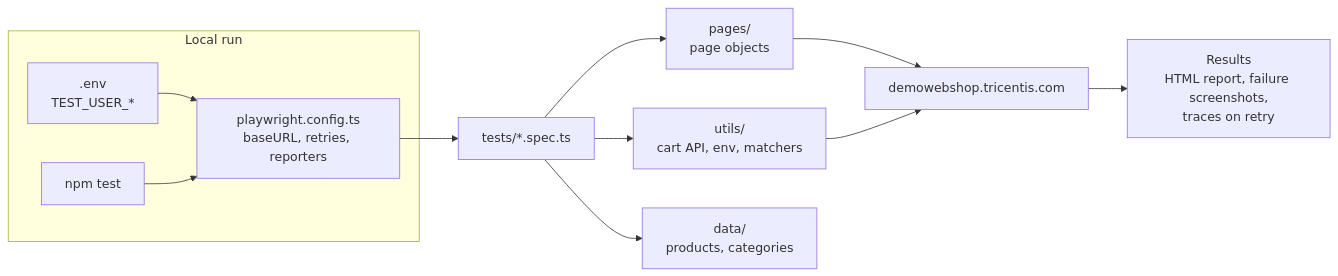
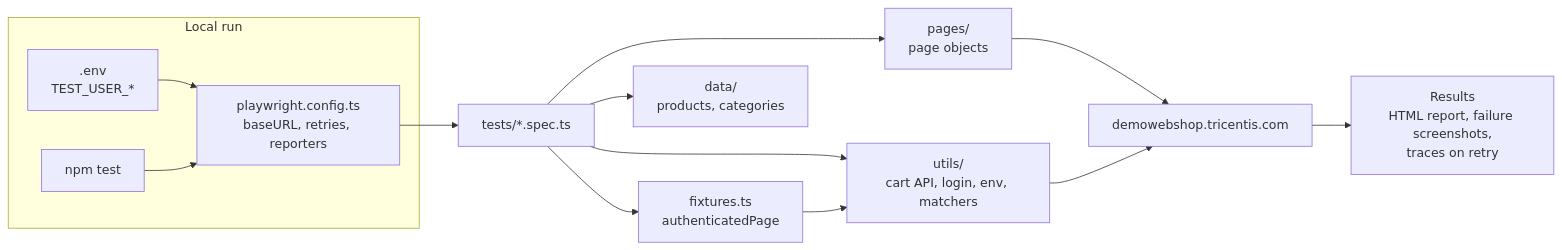
Before and after one commit to OlegZhidkov/demowebshop-playwright: the first of 3 diagrams in README.md, drawn with Mermaid. The commit also changed other lines of this file and 3 other files, not shown here.

````diff
--- a/README.md
+++ b/README.md
@@ -100,14 +100,16 @@
 ```mermaid
 flowchart LR
     subgraph Local["Local run"]
         ENV[".env<br/>TEST_USER_*"] --> CFG
         CMD["npm test"] --> CFG["playwright.config.ts<br/>baseURL, retries, reporters"]
     end
     CFG --> SPECS["tests/*.spec.ts"]
+    SPECS --> FIX["fixtures.ts<br/>authenticatedPage"]
     SPECS --> PO["pages/<br/>page objects"]
-    SPECS --> UTL["utils/<br/>cart API, env, matchers"]
+    SPECS --> UTL["utils/<br/>cart API, login, env, matchers"]
     SPECS --> DATA["data/<br/>products, categories"]
+    FIX --> UTL
     PO --> APP["demowebshop.tricentis.com"]
     UTL --> APP
     APP --> RES["Results<br/>HTML report, failure screenshots,<br/>traces on retry"]
 ```
````
